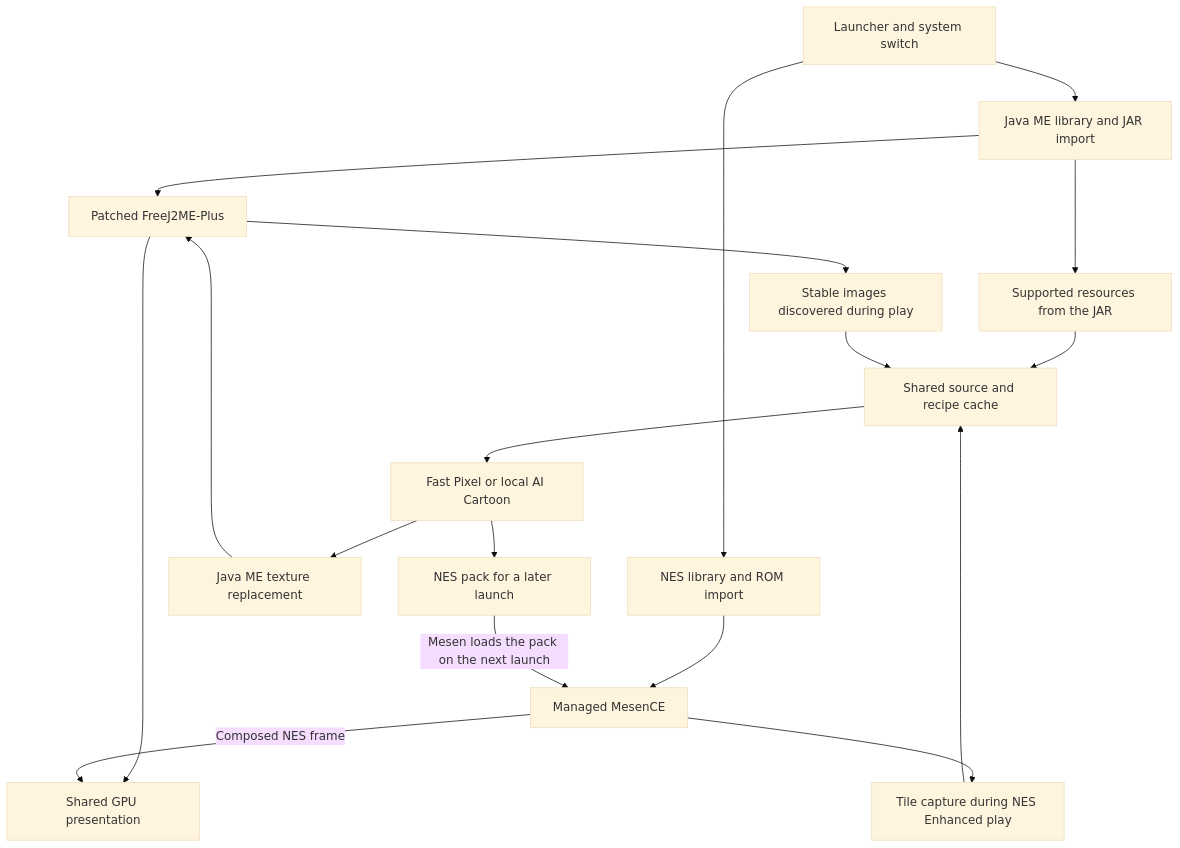
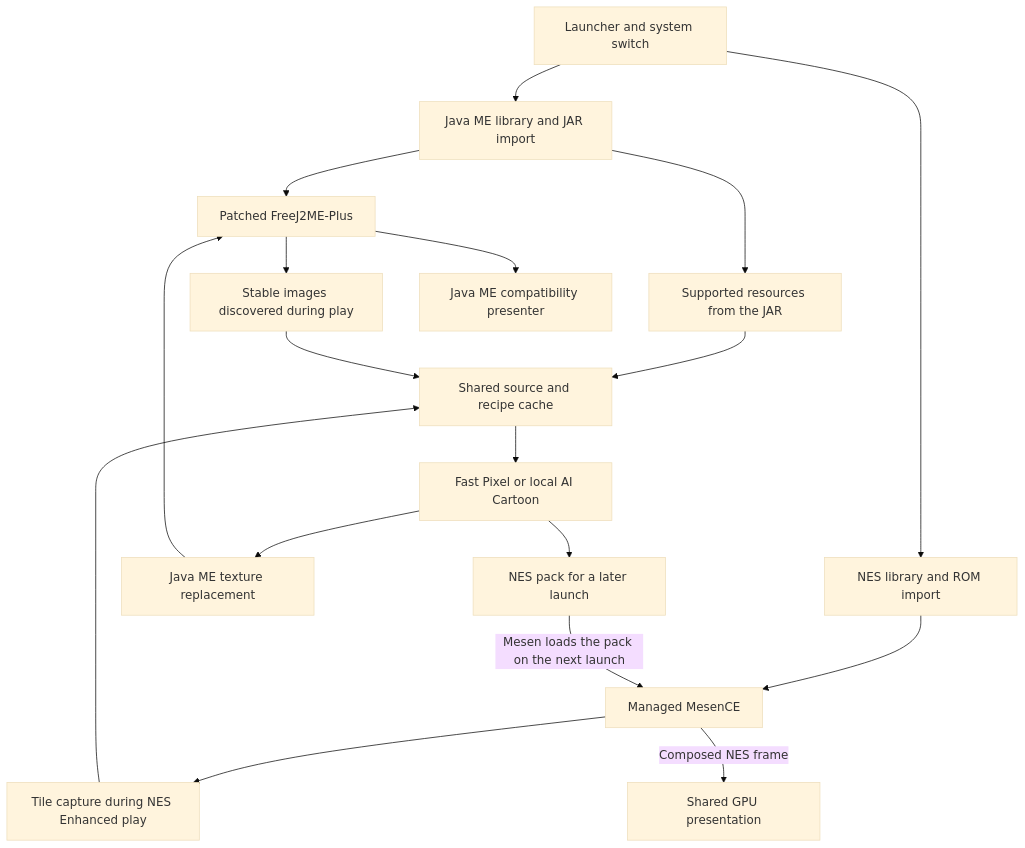
One commit to vishal-vs-1/Pixel-Revival changed the diagram in docs/PROJECT_FLOW.md. Above: the diagram before and after it, drawn with Mermaid (base theme). The commit also changed other lines of this file and 5 other files, not shown here.

```diff
--- a/docs/PROJECT_FLOW.md
+++ b/docs/PROJECT_FLOW.md
@@ -5,20 +7,20 @@
 ~~~mermaid
 flowchart TD
     A[Launcher and system switch] --> B[Java ME library and JAR import]
     A --> C[NES library and ROM import]
     B --> D[Patched FreeJ2ME-Plus]
     C --> E[Managed MesenCE]
     B --> F[Supported resources from the JAR]
     D --> G[Stable images discovered during play]
     E --> H[Tile capture during NES Enhanced play]
     F --> I[Shared source and recipe cache]
     G --> I
     H --> I
     I --> J[Fast Pixel or local AI Cartoon]
     J --> K[Java ME texture replacement]
     J --> L[NES pack for a later launch]
     K --> D
     L -->|Mesen loads the pack on the next launch| E
-    D --> M[Shared GPU presentation]
-    E -->|Composed NES frame| M
+    D --> N[Java ME compatibility presenter]
+    E -->|Composed NES frame| M[Shared GPU presentation]
 ~~~
```
